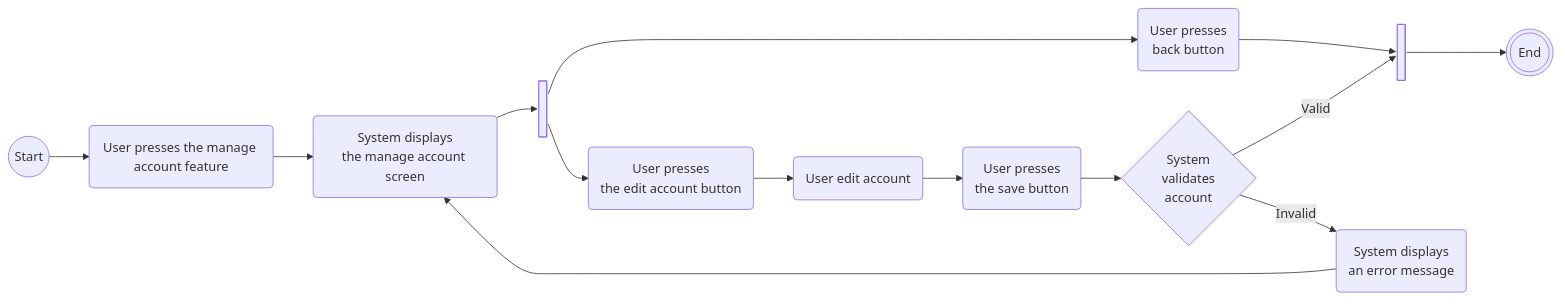
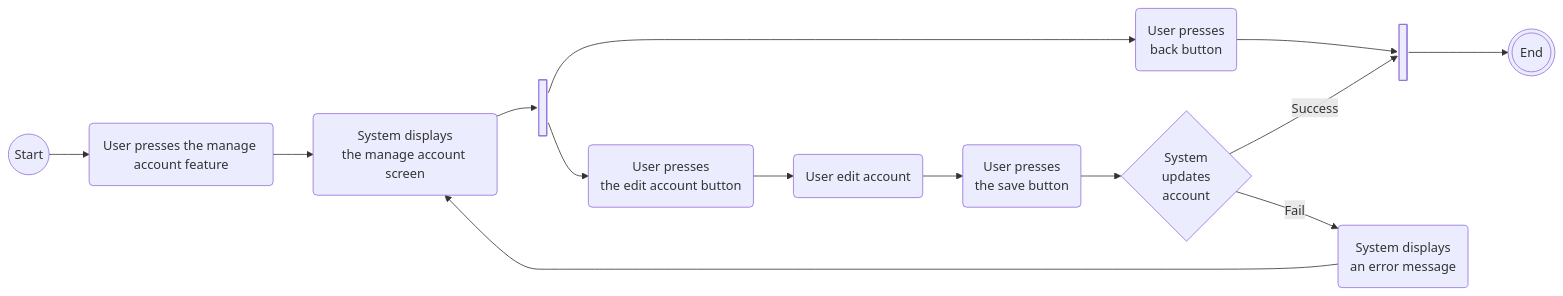
The third of 10 diagrams in docs/diagrams/activities/functional_activity.md (GeMiNiOranGe/GeMovie), drawn with Mermaid before and after one commit. The commit also changed other lines of this file, not shown here.

````diff
--- a/docs/diagrams/activities/functional_activity.md
+++ b/docs/diagrams/activities/functional_activity.md
@@ -74,29 +74,29 @@
 ```mermaid
 flowchart LR
     Start@{ shape: circle }
     End@{ shape: double-circle }
     Fork@{ shape: fork, label: "Fork or Join" }
     EndFork@{ shape: join, label: "Fork or Join" }
     ManageAccountScreenButton(User presses the manage account feature)
     ManageAccountScreen(System displays<br/>the manage account screen)
     BackButton(User presses<br/>back button)
     EditAccountButton(User presses<br/>the edit account button)
     EditAccount(User edit account)
     SaveButton(User presses<br/>the save button)
-    Validate{System<br/>validates<br/>account}
-    InvalidCase(System displays<br/>an error message)
+    UpdateState{System<br/>updates<br/>account}
+    FailCase(System displays<br/>an error message)
 
     Start --> ManageAccountScreenButton
     ManageAccountScreenButton --> ManageAccountScreen
     ManageAccountScreen --> Fork
     Fork --> BackButton
         BackButton --> EndFork
     Fork --> EditAccountButton
         EditAccountButton --> EditAccount
         EditAccount --> SaveButton
-        SaveButton --> Validate
-        Validate -->|Valid| EndFork
-        Validate -->|Invalid| InvalidCase
-            InvalidCase --> ManageAccountScreen
+        SaveButton --> UpdateState
+        UpdateState -->|Success| EndFork
+        UpdateState -->|Fail| FailCase
+            FailCase --> ManageAccountScreen
     EndFork --> End
 ```
````
